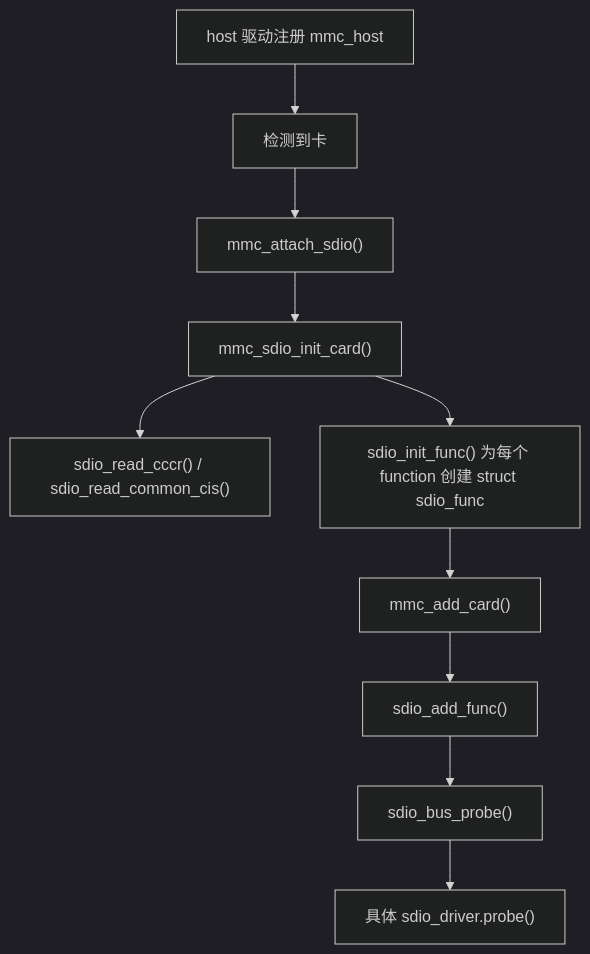
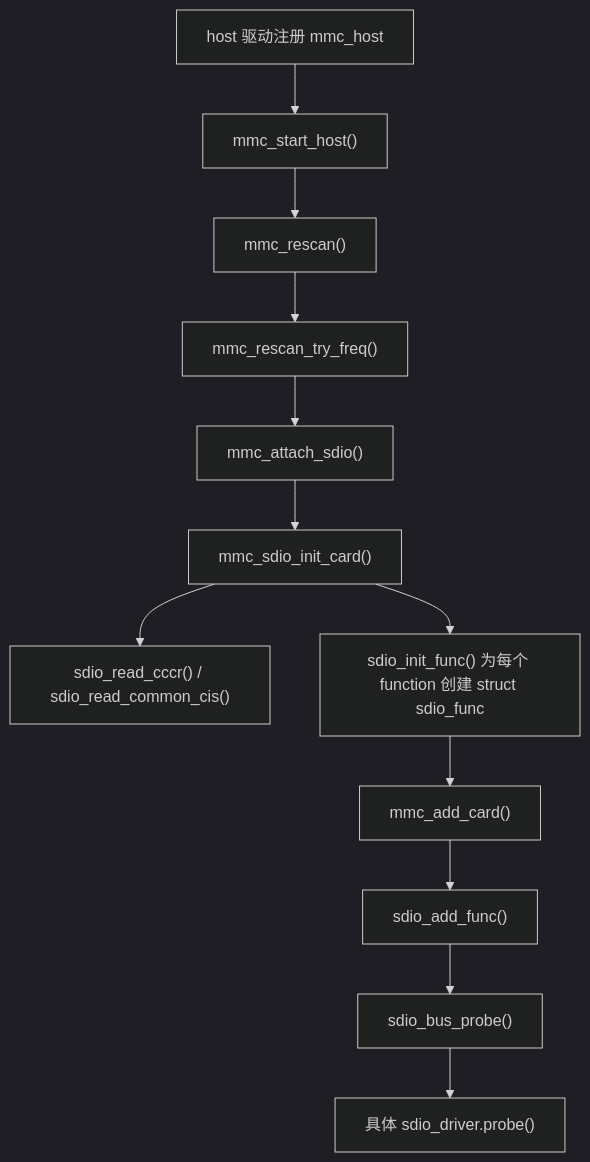
One commit to supergit233/Linux-Kernel-study changed the diagram in sdio/00-SDIO源码解析总览.md. Above: the diagram before and after it, drawn with Mermaid (dark theme). The commit also changed other lines of this file and 40 other files, not shown here.

````diff
--- a/sdio/00-SDIO源码解析总览.md
+++ b/sdio/00-SDIO源码解析总览.md
@@ -109,12 +123,14 @@
 ```mermaid
 flowchart TD
-    A["host 驱动注册 mmc_host"] --> B["检测到卡"]
-    B --> C["mmc_attach_sdio()"]
-    C --> D["mmc_sdio_init_card()"]
-    D --> E["sdio_read_cccr() / sdio_read_common_cis()"]
-    D --> F["sdio_init_func() 为每个 function 创建 struct sdio_func"]
-    F --> G["mmc_add_card()"]
-    G --> H["sdio_add_func()"]
-    H --> I["sdio_bus_probe()"]
-    I --> J["具体 sdio_driver.probe()"]
+    A["host 驱动注册 mmc_host"] --> B["mmc_start_host()"]
+    B --> C["mmc_rescan()"]
+    C --> D["mmc_rescan_try_freq()"]
+    D --> E["mmc_attach_sdio()"]
+    E --> F["mmc_sdio_init_card()"]
+    F --> G["sdio_read_cccr() / sdio_read_common_cis()"]
+    F --> H["sdio_init_func() 为每个 function 创建 struct sdio_func"]
+    H --> I["mmc_add_card()"]
+    I --> J["sdio_add_func()"]
+    J --> K["sdio_bus_probe()"]
+    K --> L["具体 sdio_driver.probe()"]
 ```
````
